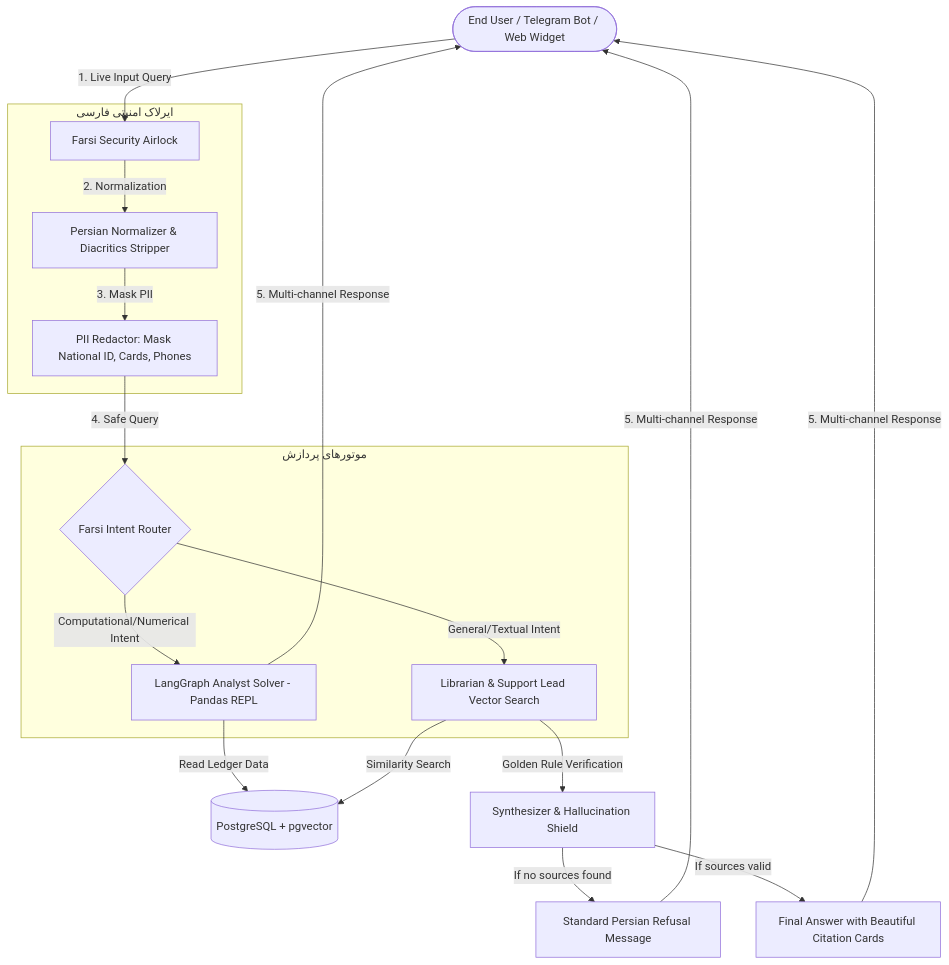
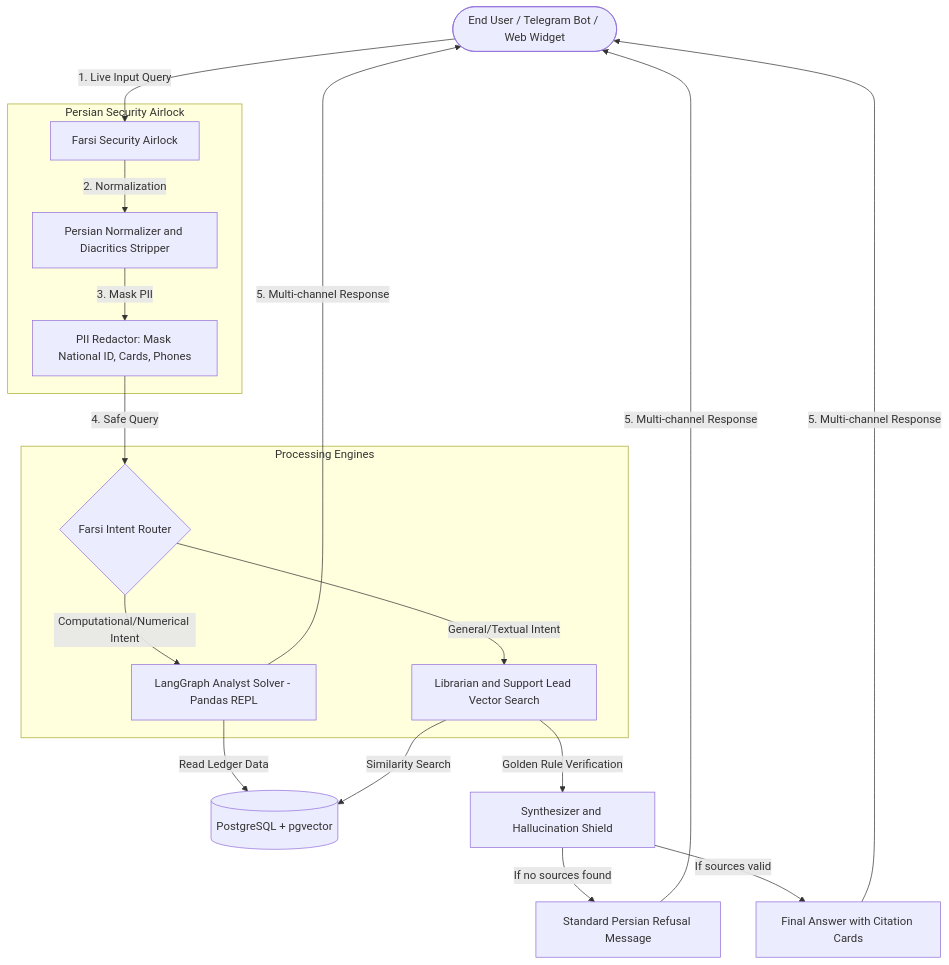
The diagram in README.md (Irene-03/ArioNex), drawn with Mermaid before and after one commit. The commit also changed other lines of this file and 97 other files, not shown here.

````diff
--- a/README.md
+++ b/README.md
@@ -21,26 +32,26 @@
 ```mermaid
 flowchart TD
     User([End User / Telegram Bot / Web Widget]) -->|1. Live Input Query| Airlock[Farsi Security Airlock]
-    
-    subgraph Airlock_Layer [ایرلاک امنیتی فارسی]
-        Airlock -->|2. Normalization| Norm[Persian Normalizer & Diacritics Stripper]
+
+    subgraph Airlock_Layer [Persian Security Airlock]
+        Airlock -->|2. Normalization| Norm[Persian Normalizer and Diacritics Stripper]
         Norm -->|3. Mask PII| PII[PII Redactor: Mask National ID, Cards, Phones]
     end
 
     PII -->|4. Safe Query| Router{Farsi Intent Router}
-    
-    subgraph Engine_Layer [موتورهای پردازش]
+
+    subgraph Engine_Layer [Processing Engines]
         Router -->|Computational/Numerical Intent| Analyst[LangGraph Analyst Solver - Pandas REPL]
-        Router -->|General/Textual Intent| RAG_Engine[Librarian & Support Lead Vector Search]
+        Router -->|General/Textual Intent| RAG_Engine[Librarian and Support Lead Vector Search]
     end
 
     Analyst -->|Read Ledger Data| VectorDB[(PostgreSQL + pgvector)]
     RAG_Engine -->|Similarity Search| VectorDB
-    
-    RAG_Engine -->|Golden Rule Verification| Synthesizer[Synthesizer & Hallucination Shield]
-    
+
+    RAG_Engine -->|Golden Rule Verification| Synthesizer[Synthesizer and Hallucination Shield]
+
     Synthesizer -->|If no sources found| Refusal[Standard Persian Refusal Message]
-    Synthesizer -->|If sources valid| Answer[Final Answer with Beautiful Citation Cards]
-    
+    Synthesizer -->|If sources valid| Answer[Final Answer with Citation Cards]
+
     Answer & Refusal & Analyst -->|5. Multi-channel Response| User
 ```
````
